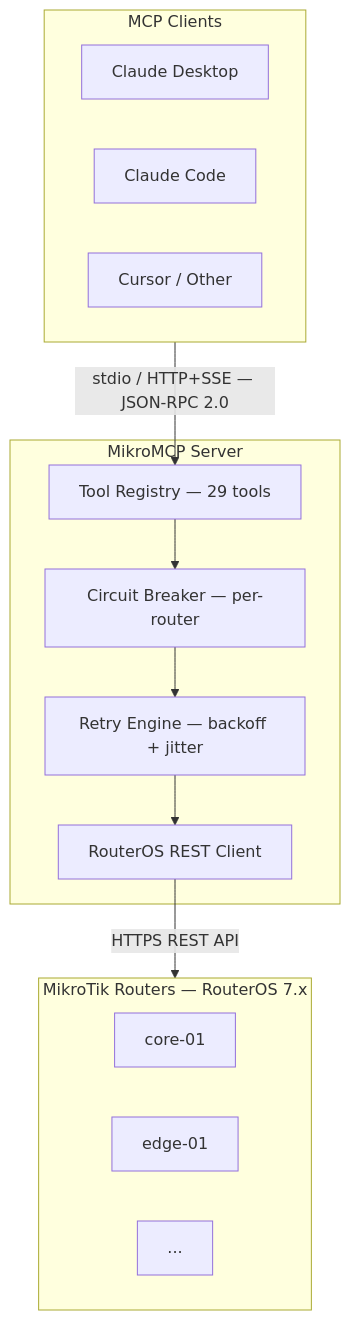
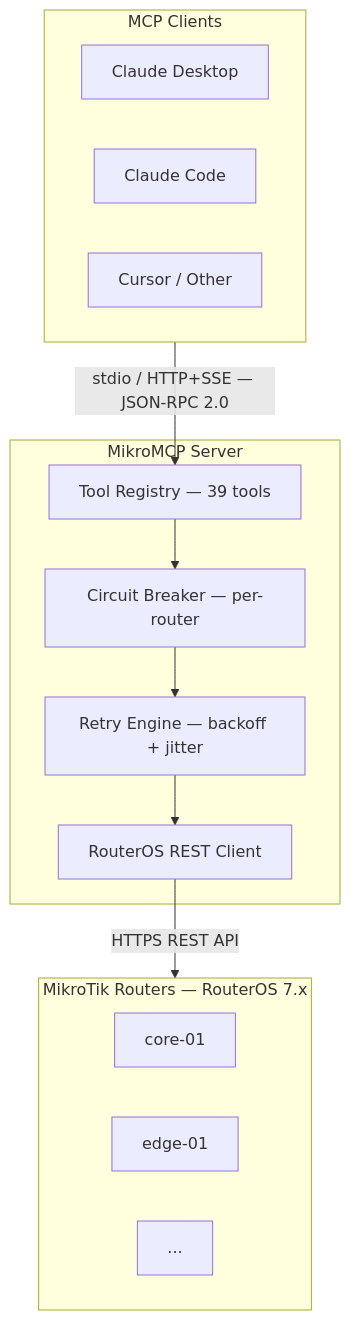
One commit to AliKarami/MikroMCP changed the diagram in README.md. Above: the diagram before and after it, drawn with Mermaid. The commit also changed other lines of this file and 1 other file, not shown here.

Commit message:
docs: update roadmap and README for v0.5a (10 new tools)

````diff
--- a/README.md
+++ b/README.md
@@ -25,25 +25,25 @@
 ```mermaid
 flowchart TD
     subgraph Clients["MCP Clients"]
         A["Claude Desktop"]
         B["Claude Code"]
         C["Cursor / Other"]
     end
 
     subgraph Server["MikroMCP Server"]
-        REG["Tool Registry — 29 tools"]
+        REG["Tool Registry — 39 tools"]
         CB["Circuit Breaker — per-router"]
         RE["Retry Engine — backoff + jitter"]
         RC["RouterOS REST Client"]
         REG --> CB --> RE --> RC
     end
 
     subgraph Routers["MikroTik Routers — RouterOS 7.x"]
         R1["core-01"]
         R2["edge-01"]
         R3["..."]
     end
 
     Clients -->|"stdio / HTTP+SSE — JSON-RPC 2.0"| REG
     RC -->|"HTTPS REST API"| Routers
 ```
````
